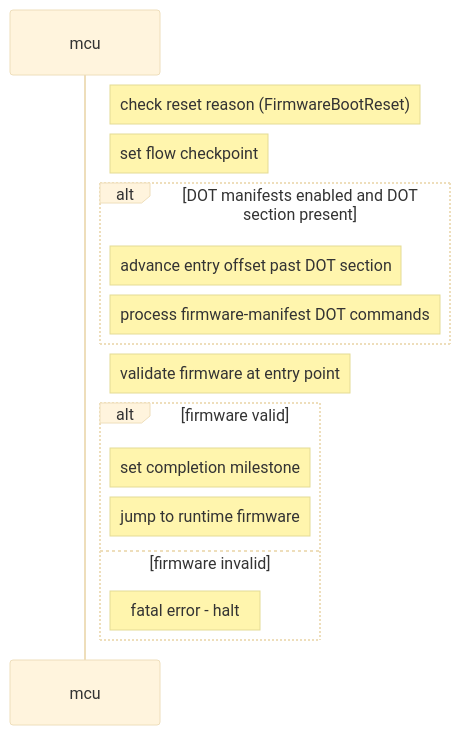
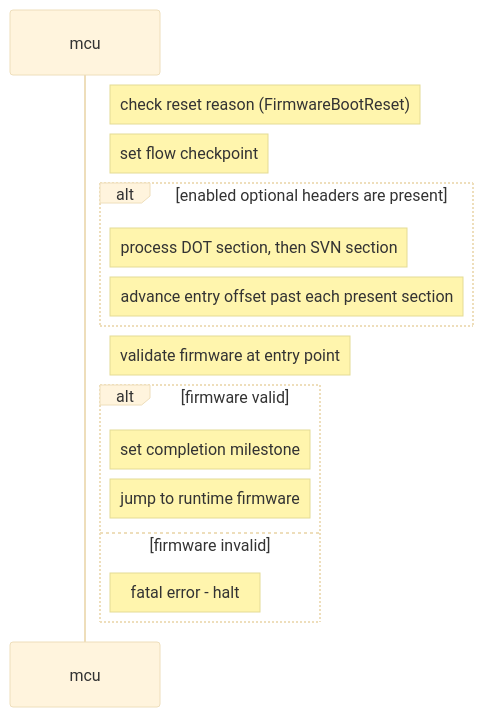
Before and after one commit to chipsalliance/caliptra-mcu-sw: the second of 4 diagrams in docs/src/rom.md, drawn with Mermaid (base theme). The commit also changed other lines of this file and 7 other files, not shown here.

````diff
--- a/docs/src/rom.md
+++ b/docs/src/rom.md
@@ -153,16 +152,16 @@
 ```mermaid
 sequenceDiagram
     note right of mcu: check reset reason (FirmwareBootReset)
     note right of mcu: set flow checkpoint
-    alt DOT manifests enabled and DOT section present
-        note right of mcu: advance entry offset past DOT section
-        note right of mcu: process firmware-manifest DOT commands
+    alt enabled optional headers are present
+        note right of mcu: process DOT section, then SVN section
+        note right of mcu: advance entry offset past each present section
     end
     note right of mcu: validate firmware at entry point
     alt firmware valid
         note right of mcu: set completion milestone
         note right of mcu: jump to runtime firmware
     else firmware invalid
         note right of mcu: fatal error - halt
     end
 ```
````
